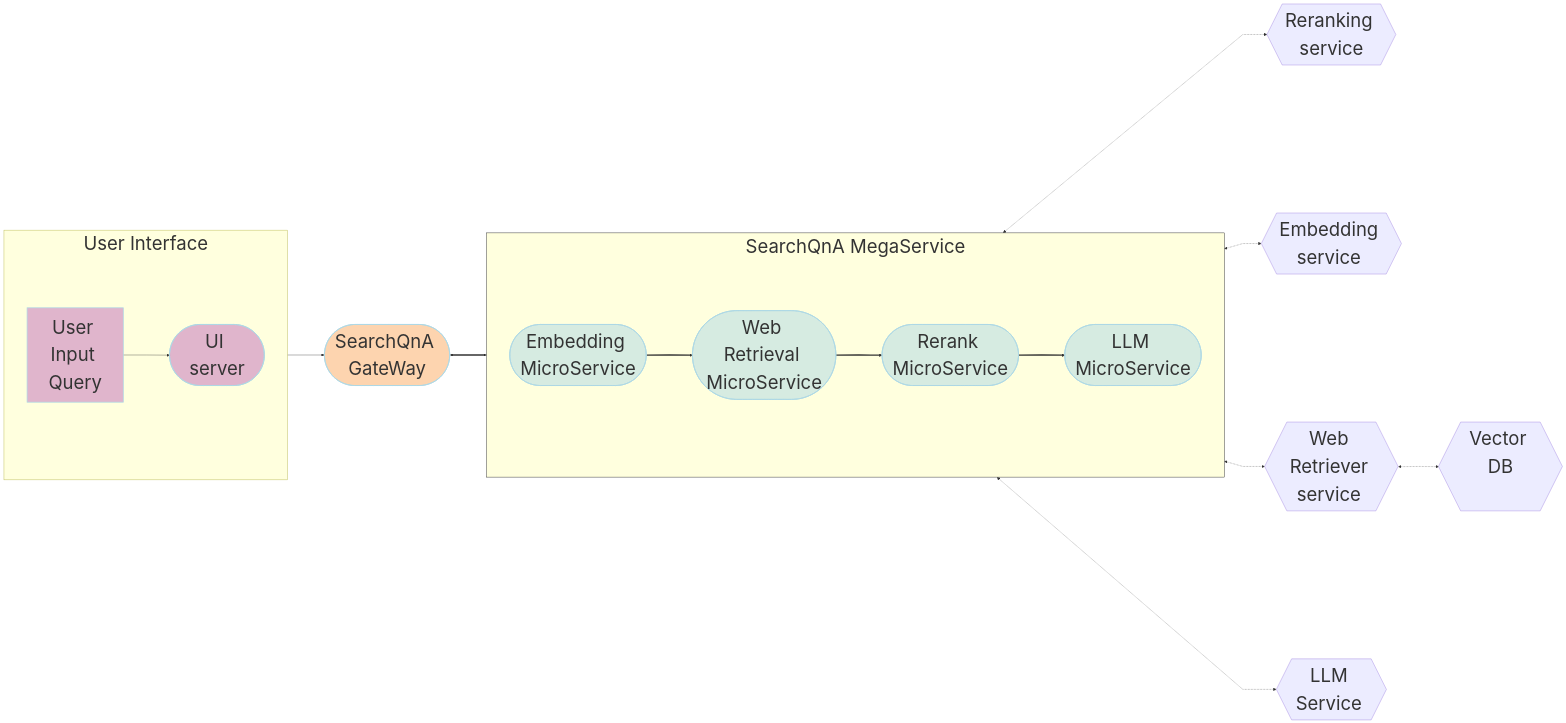
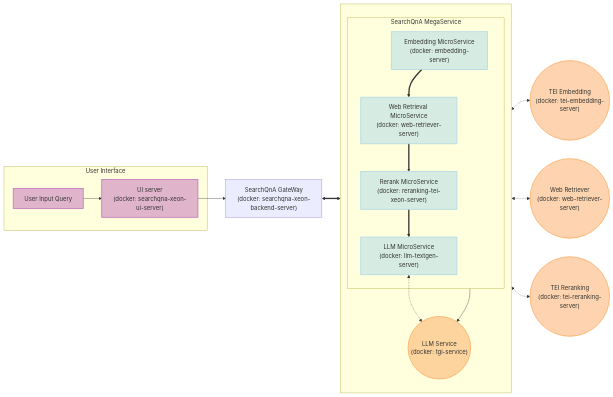
One commit to opea-project/GenAIExamples changed the diagram in SearchQnA/README.md. Above: the diagram before and after it, drawn with Mermaid. The commit also changed 3 other files, not shown here.

````diff
--- a/SearchQnA/README.md
+++ b/SearchQnA/README.md
@@ -25,62 +25,49 @@
 ```mermaid
----
-config:
-  flowchart:
-    nodeSpacing: 400
-    rankSpacing: 100
-    curve: linear
-  themeVariables:
-    fontSize: 50px
----
+%% SearchQnA Architecture Diagram
+%% Horizontal layout with LLM Service below MegaService
+%% Hugging Face services shown as yellow circles
+
 flowchart LR
-    %% Colors %%
+    %% Colors and Shapes %%
     classDef blue fill:#ADD8E6,stroke:#ADD8E6,stroke-width:2px,fill-opacity:0.5
-    classDef orange fill:#FBAA60,stroke:#ADD8E6,stroke-width:2px,fill-opacity:0.5
-    classDef orchid fill:#C26DBC,stroke:#ADD8E6,stroke-width:2px,fill-opacity:0.5
-    classDef invisible fill:transparent,stroke:transparent;
-    style SearchQnA-MegaService stroke:#000000
+    classDef yellow fill:#FBAA60,stroke:#FBAA60,stroke-width:2px,fill-opacity:0.5,width:200,height:200
+    classDef orchid fill:#C26DBC,stroke:#C26DBC,stroke-width:2px,fill-opacity:0.5
 
-    %% Subgraphs %%
-    subgraph SearchQnA-MegaService["SearchQnA MegaService "]
-        direction LR
-        EM([Embedding MicroService]):::blue
-        RET([Web Retrieval MicroService]):::blue
-        RER([Rerank MicroService]):::blue
-        LLM([LLM MicroService]):::blue
-    end
-    subgraph UserInterface[" User Interface "]
-        direction LR
-        a([User Input Query]):::orchid
-        UI([UI server<br>]):::orchid
+    %% Main Flow %%
+    subgraph UserInterface["User Interface"]
+        a["User Input Query"]:::orchid
+        UI["UI server<br/>(docker: searchqna-xeon-ui-server)"]:::orchid
     end
 
+    GW["SearchQnA GateWay<br/>(docker: searchqna-xeon-backend-server)"]
 
+    subgraph SearchQnA-MegaService["SearchQnA MegaService"]
+        EM["Embedding MicroService<br/>(docker: embedding-server)"]:::blue
+        RET["Web Retrieval MicroService<br/>(docker: web-retriever-server)"]:::blue
+        RER["Rerank MicroService<br/>(docker: reranking-tei-xeon-server)"]:::blue
+        LLM["LLM MicroService<br/>(docker: llm-textgen-server)"]:::blue
+    end
 
-    TEI_RER{{Reranking service<br>}}
-    TEI_EM{{Embedding service <br>}}
-    VDB{{Vector DB<br><br>}}
-    R_RET{{Web Retriever service <br>}}
-    LLM_gen{{LLM Service <br>}}
-    GW([SearchQnA GateWay<br>]):::orange
+    %% OPEA wrapped microservices services e.g. Hugging Face, Google/Langchain (yellow circles) %%
+    TEI_EM(("TEI Embedding<br/>(docker: tei-embedding-server)")):::yellow
+    R_RET(("Web Retriever<br/>(docker: web-retriever-server)")):::yellow
+    TEI_RER(("TEI Reranking<br/>(docker: tei-reranking-server)")):::yellow
+    
+    %% LLM Service positioned below MegaService %%
+    LLM_gen(("LLM Service<br/>(docker: tgi-service)")):::yellow
+    
+    %% Vertical positioning %%
+    subgraph vertical[" "]
+        direction TB
+        SearchQnA-MegaService --> LLM_gen
+    end
 
-    %% Questions interaction
-    direction LR
-    a[User Input Query] --> UI
-    UI --> GW
+    %% Connections %%
+    a --> UI --> GW
     GW <==> SearchQnA-MegaService
-    EM ==> RET
-    RET ==> RER
-    RER ==> LLM
-
-    %% Embedding service flow
-    direction LR
+    EM ==> RET ==> RER ==> LLM
     EM <-.-> TEI_EM
     RET <-.-> R_RET
     RER <-.-> TEI_RER
     LLM <-.-> LLM_gen
-
-    direction TB
-    %% Vector DB interaction
-    R_RET <-.-> VDB
-
 ```
````
